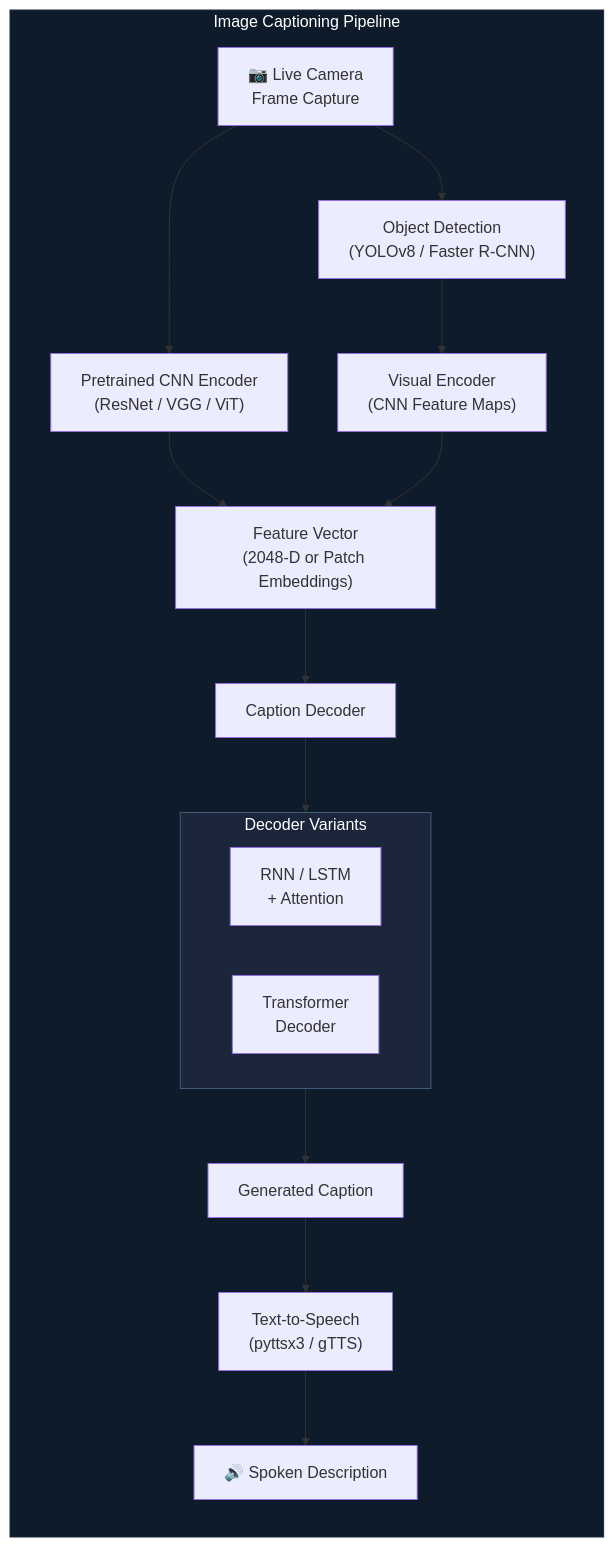
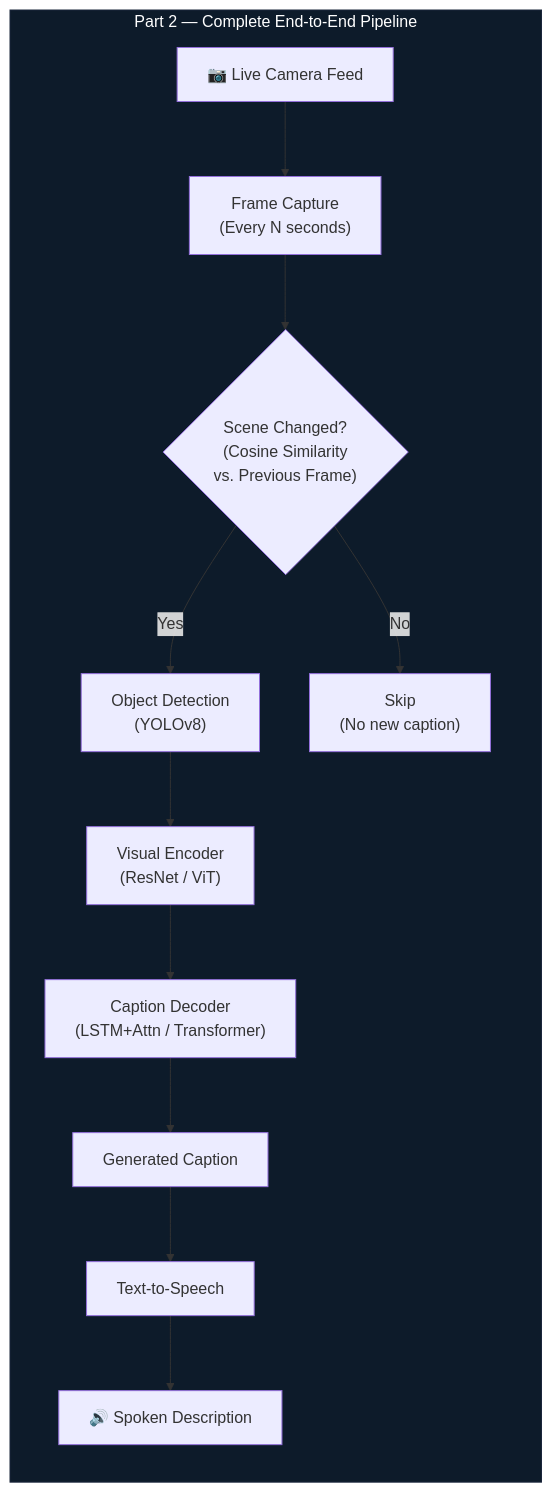
Diagram 11 of 11 in README.md (InvictusRex/Fulcrum), drawn with Mermaid before and after one commit. The commit also changed other lines of this file, not shown here.

Commit message:
docs: Updated README.md to reflect current progression & future roadmap

````diff
--- a/README.md
+++ b/README.md
@@ -200,28 +486,17 @@
 ```mermaid
 graph TD
-    subgraph IC_PIPELINE ["Image Captioning Pipeline"]
+    subgraph REALTIME_CAP ["Part 2 — Complete End-to-End Pipeline"]
         direction TB
-        CAM["📷 Live Camera<br/>Frame Capture"] --> DET["Object Detection<br/>(YOLOv8 / Faster R-CNN)"]
-        DET --> ENC["Visual Encoder<br/>(CNN Feature Maps)"]
-
-        CAM --> ENC2["Pretrained CNN Encoder<br/>(ResNet / VGG / ViT)"]
-        ENC2 --> FVEC["Feature Vector<br/>(2048-D or Patch Embeddings)"]
-
-        ENC --> FVEC
-        FVEC --> DEC["Caption Decoder"]
-
-        subgraph DECODER_OPTIONS ["Decoder Variants"]
-            direction LR
-            RNN["RNN / LSTM<br/>+ Attention"]
-            TRANS["Transformer<br/>Decoder"]
-        end
-
-        DEC --> DECODER_OPTIONS
-        DECODER_OPTIONS --> CAP_TEXT["Generated Caption"]
-        CAP_TEXT --> TTS3["Text-to-Speech<br/>(pyttsx3 / gTTS)"]
-        TTS3 --> AUDIO["🔊 Spoken Description"]
+        CAM_LIVE["📷 Live Camera Feed"] --> INTERVAL["Frame Capture<br/>(Every N seconds)"]
+        INTERVAL --> CHANGE{"Scene Changed?<br/>(Cosine Similarity<br/>vs. Previous Frame)"}
+        CHANGE -->|"Yes"| OD_STEP["Object Detection<br/>(YOLOv8)"]
+        CHANGE -->|"No"| SKIP["Skip<br/>(No new caption)"]
+        OD_STEP --> ENCODE["Visual Encoder<br/>(ResNet / ViT)"]
+        ENCODE --> DECODE["Caption Decoder<br/>(LSTM+Attn / Transformer)"]
+        DECODE --> CAPTION["Generated Caption"]
+        CAPTION --> TTS_CAP["Text-to-Speech"]
+        TTS_CAP --> SPEAK_CAP["🔊 Spoken Description"]
     end
 
-    style IC_PIPELINE fill:#0d1b2a,stroke:#1b263b,color:#fff
-    style DECODER_OPTIONS fill:#1b263b,stroke:#415a77,color:#fff
+    style REALTIME_CAP fill:#0d1b2a,stroke:#1b263b,color:#fff
 ```
````
